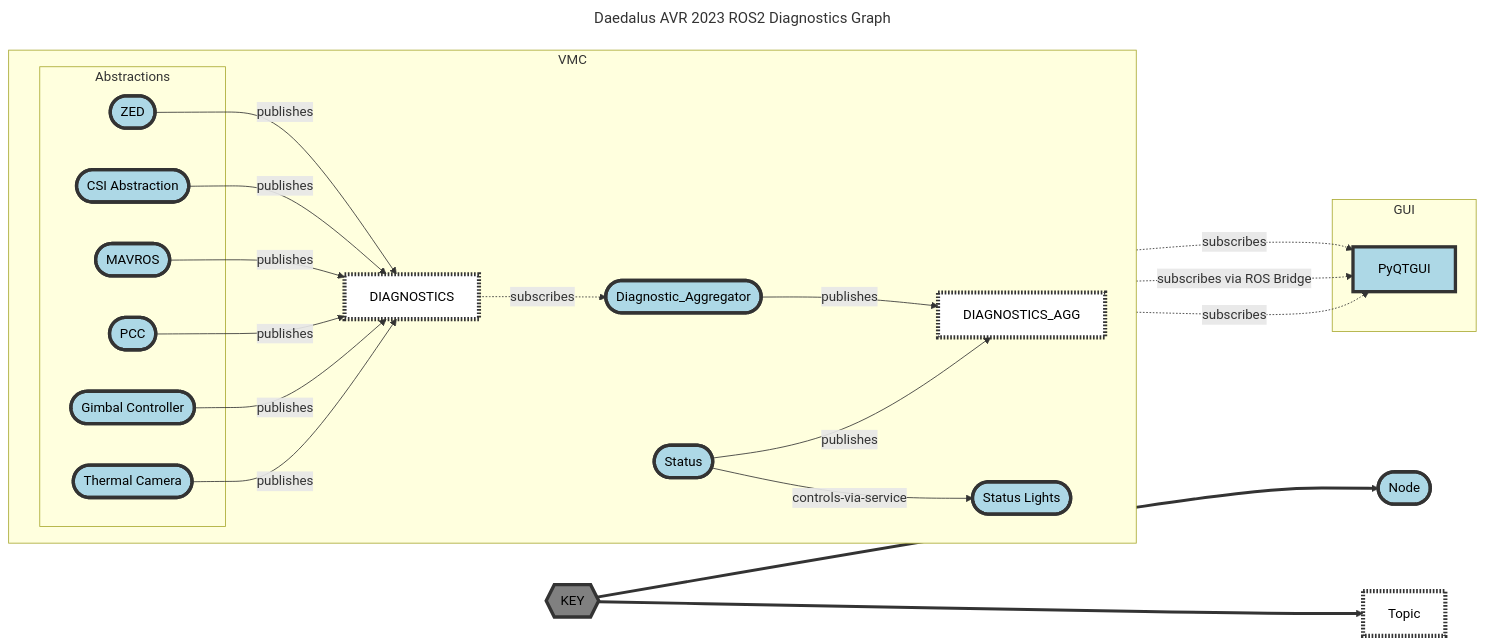
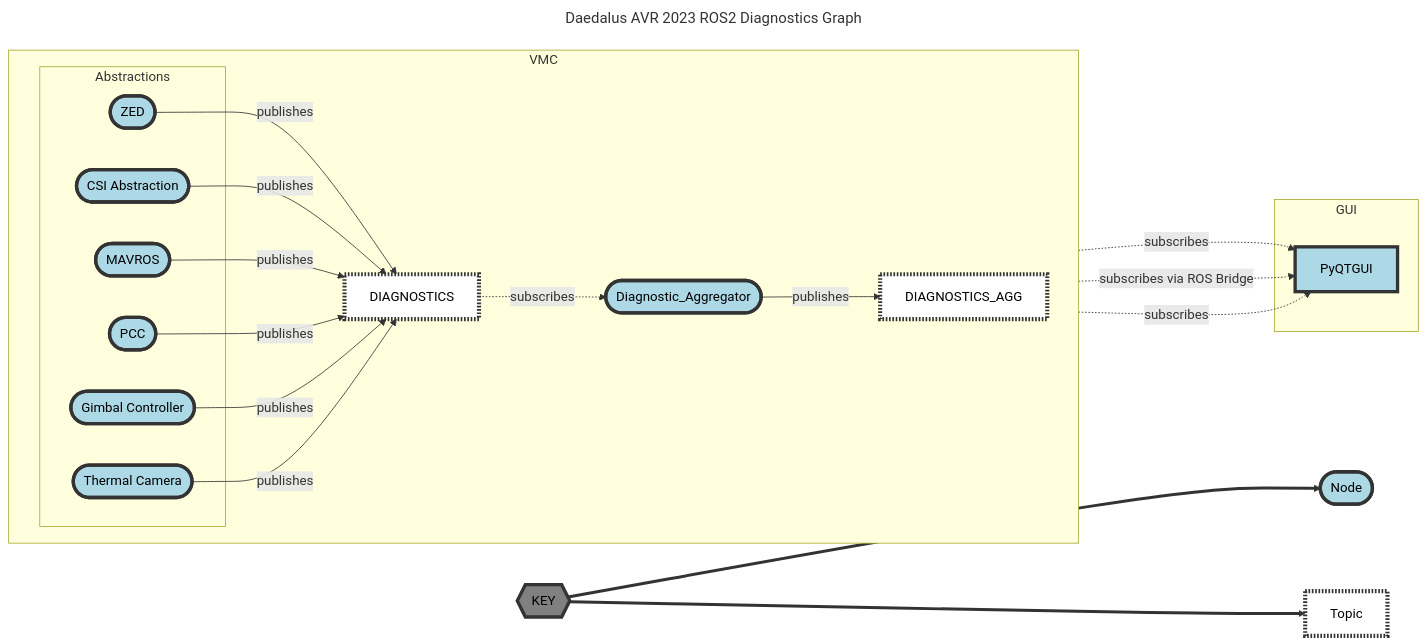
One commit to Daedalus-Robotics/avr_2023_documentation changed the diagram in README.md. Above: the diagram before and after it, drawn with Mermaid.

Commit message:
Update README.md
removed status node

````diff
--- a/README.md
+++ b/README.md
@@ -1,52 +1,48 @@
 ```mermaid
 ---
 title: Daedalus AVR 2023 ROS2 Diagnostics Graph
 ---
 flowchart LR
     
     classDef node fill:lightBlue,color:black,stroke:#333,stroke-width:4px
     classDef topic fill:white,color:black,stroke:#333,stroke-width:5px, stroke-dasharray: 2 2
     classDef key fill:gray,color:black,stroke:#333,stroke-width:4px
     
 
     subgraph VMC
         direction LR
         diagnostics_topic[DIAGNOSTICS]:::topic
         diag_agg([Diagnostic_Aggregator])
         diag_agg_topic[DIAGNOSTICS_AGG]:::topic
-        status_node([Status])
-        status_lights([Status Lights])
         zed([ZED])
         
         subgraph Abstractions 
             zed
             CSI_abs
             Mavros
             PCC
             gimcont
             themcam
         end
     end
 
     subgraph GUI 
         PyQTGUI
     end
 
     legend{{KEY}}:::key==>i1([Node]):::node
     legend==>i2[Topic]:::topic
     
     zed --publishes-->diagnostics_topic
     CSI_abs([CSI Abstraction]) --publishes-->diagnostics_topic
     Mavros([MAVROS]) --publishes-->diagnostics_topic
     PCC([PCC]) --publishes-->diagnostics_topic
     gimcont([Gimbal Controller]) --publishes-->diagnostics_topic
     themcam([Thermal Camera]) --publishes-->diagnostics_topic
     diagnostics_topic -. subscribes .->diag_agg
     diag_agg --publishes-->diag_agg_topic
-    status_node --publishes-->diag_agg_topic
-    status_node --controls-via-service-->status_lights
     diag_agg_topic -. subscribes .-> PyQTGUI
     diag_agg_topic -. subscribes via ROS Bridge .-> PyQTGUI
     diag_agg_topic -. subscribes .-> PyQTGUI 
 
 ```
````
